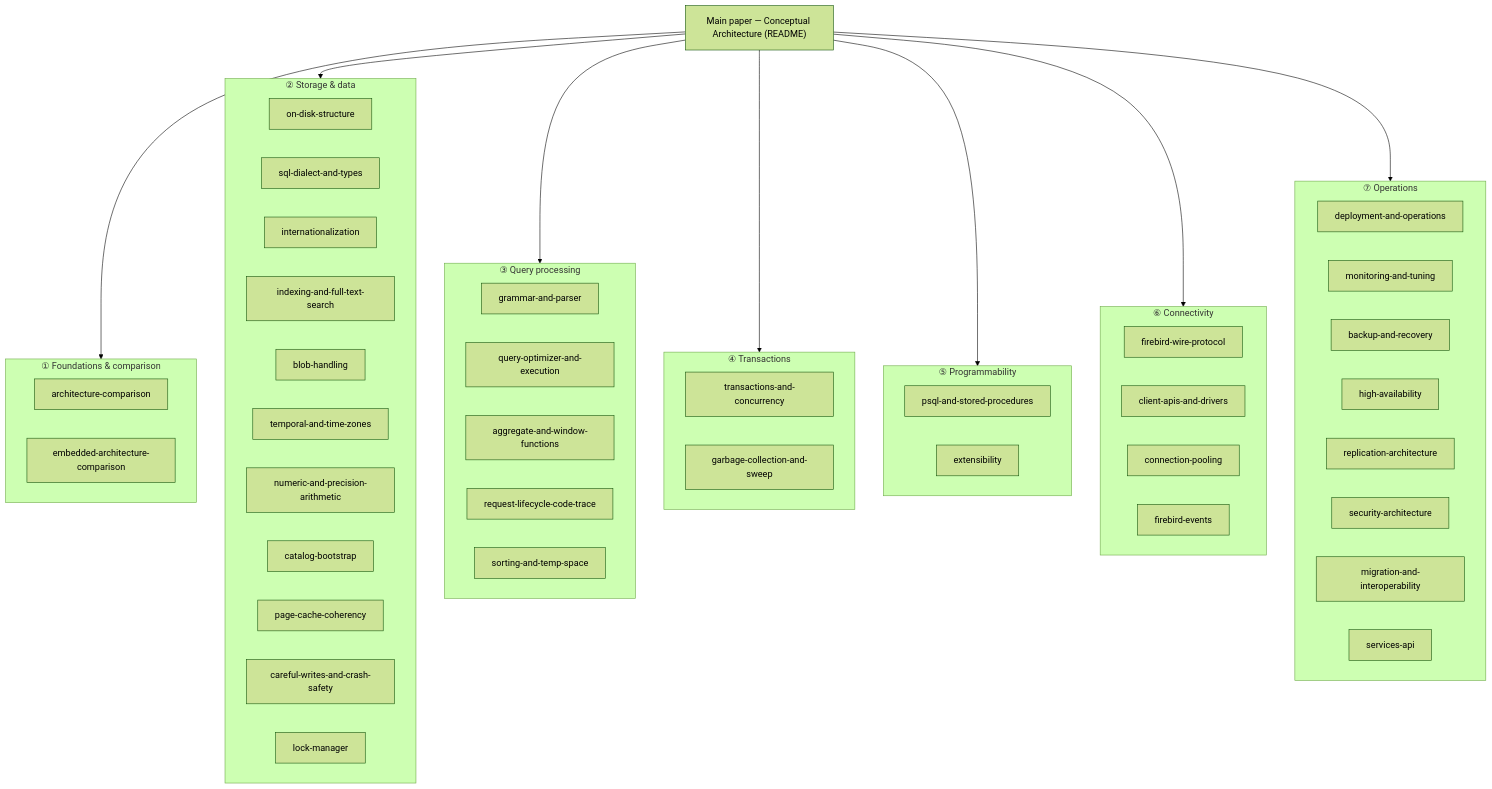
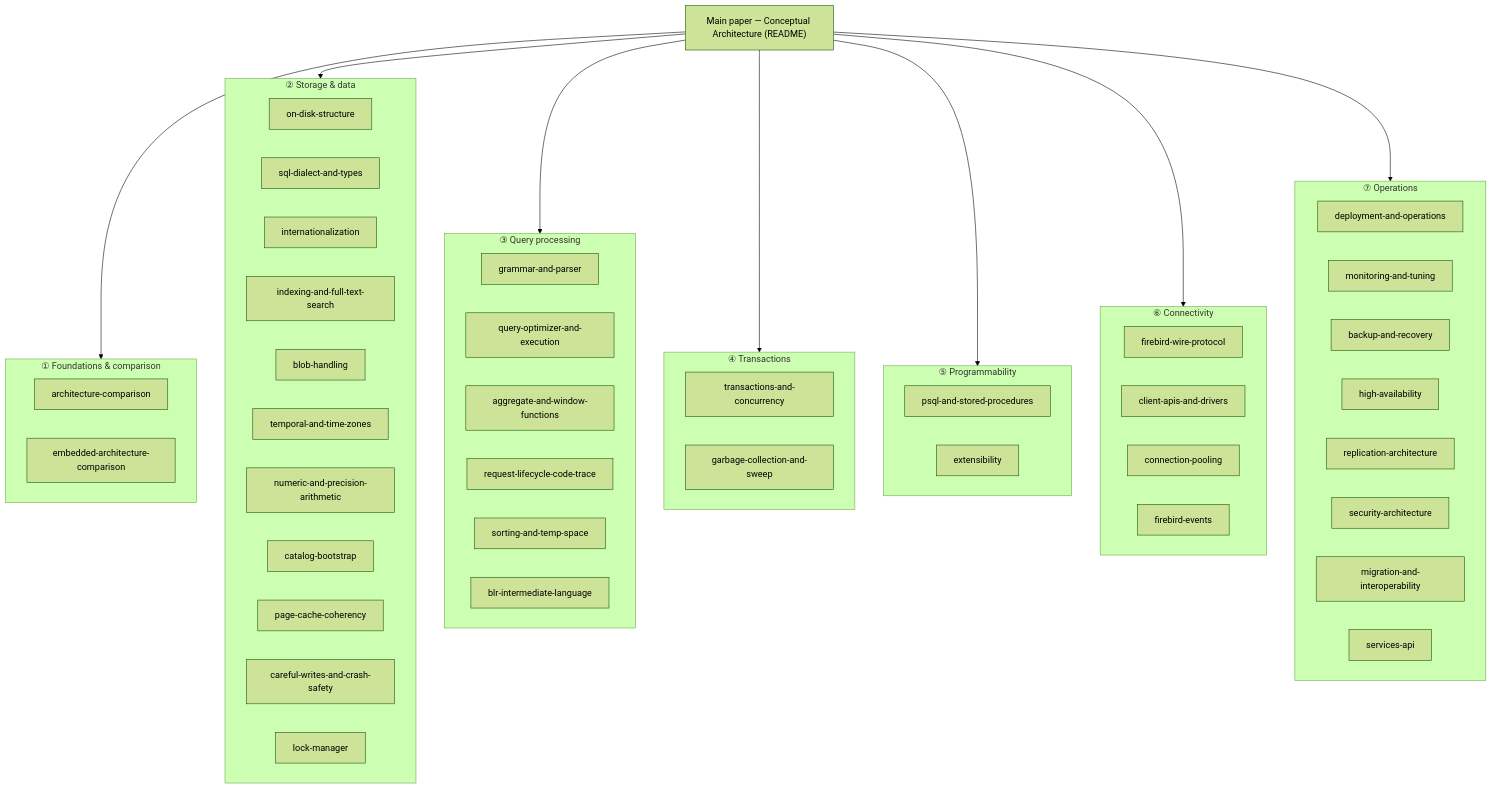
Before and after one commit to mariuz/conceptual-architecture-for-firebird-paper: the diagram in READING-GUIDE.md, drawn with Mermaid (forest theme). The commit also changed other lines of this file and 2 other files, not shown here.

First line of the commit message:
Add BLR document — Firebird's stored intermediate language

````diff
--- a/READING-GUIDE.md
+++ b/READING-GUIDE.md
@@ -9,55 +9,56 @@
 ```mermaid
 flowchart TB
     PAPER["Main paper — Conceptual Architecture (README)"]
 
     PAPER --> T1 & T2 & T3 & T4 & T5 & T6 & T7
 
     subgraph T1["① Foundations & comparison"]
         A1["architecture-comparison"]
         A2["embedded-architecture-comparison"]
     end
     subgraph T2["② Storage & data"]
         B1["on-disk-structure"]
         B2["sql-dialect-and-types"]
         B3["internationalization"]
         B4["indexing-and-full-text-search"]
         B5["blob-handling"]
         B6["temporal-and-time-zones"]
         B7["numeric-and-precision-arithmetic"]
         B8["catalog-bootstrap"]
         B9["page-cache-coherency"]
         B10["careful-writes-and-crash-safety"]
         B11["lock-manager"]
     end
     subgraph T3["③ Query processing"]
         C1["grammar-and-parser"]
         C2["query-optimizer-and-execution"]
         C3["aggregate-and-window-functions"]
         C4["request-lifecycle-code-trace"]
         C5["sorting-and-temp-space"]
+        C6["blr-intermediate-language"]
     end
     subgraph T4["④ Transactions"]
         D1["transactions-and-concurrency"]
         D2["garbage-collection-and-sweep"]
     end
     subgraph T5["⑤ Programmability"]
         E1["psql-and-stored-procedures"]
         E2["extensibility"]
     end
     subgraph T6["⑥ Connectivity"]
         F1["firebird-wire-protocol"]
         F2["client-apis-and-drivers"]
         F3["connection-pooling"]
         F4["firebird-events"]
     end
     subgraph T7["⑦ Operations"]
         G1["deployment-and-operations"]
         G2["monitoring-and-tuning"]
         G3["backup-and-recovery"]
         G4["high-availability"]
         G5["replication-architecture"]
         G6["security-architecture"]
         G7["migration-and-interoperability"]
         G8["services-api"]
     end
 ```
````
